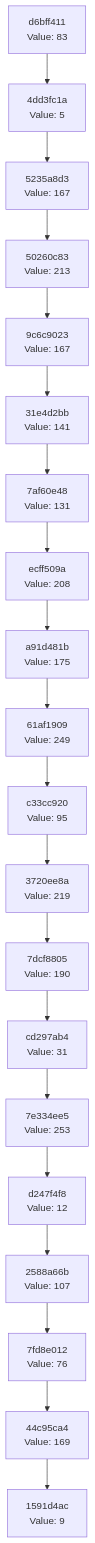
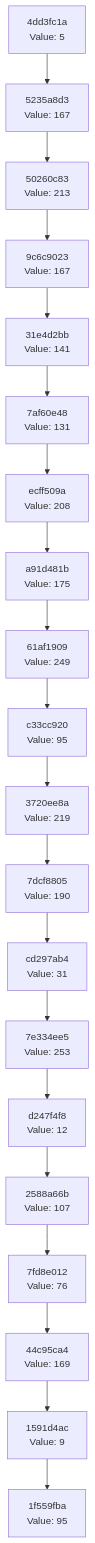
Before and after one commit to Abhisheksinha1506/hash-chain-evolver: the diagram in docs/CHAIN_VISUALIZATION.md, drawn with Mermaid. The commit also changed 1 other file, not shown here.

Commit message:
Evolution Step

````diff
--- a/docs/CHAIN_VISUALIZATION.md
+++ b/docs/CHAIN_VISUALIZATION.md
@@ -3,42 +3,42 @@
 ```mermaid
 graph TD
-    C0["1591d4ac<br/>Value: 9"]
-    C1["44c95ca4<br/>Value: 169"]
+    C0["1f559fba<br/>Value: 95"]
+    C1["1591d4ac<br/>Value: 9"]
     C1 --> C0
-    C2["7fd8e012<br/>Value: 76"]
+    C2["44c95ca4<br/>Value: 169"]
     C2 --> C1
-    C3["2588a66b<br/>Value: 107"]
+    C3["7fd8e012<br/>Value: 76"]
     C3 --> C2
-    C4["d247f4f8<br/>Value: 12"]
+    C4["2588a66b<br/>Value: 107"]
     C4 --> C3
-    C5["7e334ee5<br/>Value: 253"]
+    C5["d247f4f8<br/>Value: 12"]
     C5 --> C4
-    C6["cd297ab4<br/>Value: 31"]
+    C6["7e334ee5<br/>Value: 253"]
     C6 --> C5
-    C7["7dcf8805<br/>Value: 190"]
+    C7["cd297ab4<br/>Value: 31"]
     C7 --> C6
-    C8["3720ee8a<br/>Value: 219"]
+    C8["7dcf8805<br/>Value: 190"]
     C8 --> C7
-    C9["c33cc920<br/>Value: 95"]
+    C9["3720ee8a<br/>Value: 219"]
     C9 --> C8
-    C10["61af1909<br/>Value: 249"]
+    C10["c33cc920<br/>Value: 95"]
     C10 --> C9
-    C11["a91d481b<br/>Value: 175"]
+    C11["61af1909<br/>Value: 249"]
     C11 --> C10
-    C12["ecff509a<br/>Value: 208"]
+    C12["a91d481b<br/>Value: 175"]
     C12 --> C11
-    C13["7af60e48<br/>Value: 131"]
+    C13["ecff509a<br/>Value: 208"]
     C13 --> C12
-    C14["31e4d2bb<br/>Value: 141"]
+    C14["7af60e48<br/>Value: 131"]
     C14 --> C13
-    C15["9c6c9023<br/>Value: 167"]
+    C15["31e4d2bb<br/>Value: 141"]
     C15 --> C14
-    C16["50260c83<br/>Value: 213"]
+    C16["9c6c9023<br/>Value: 167"]
     C16 --> C15
-    C17["5235a8d3<br/>Value: 167"]
+    C17["50260c83<br/>Value: 213"]
     C17 --> C16
-    C18["4dd3fc1a<br/>Value: 5"]
+    C18["5235a8d3<br/>Value: 167"]
     C18 --> C17
-    C19["d6bff411<br/>Value: 83"]
+    C19["4dd3fc1a<br/>Value: 5"]
     C19 --> C18
 ```
````
